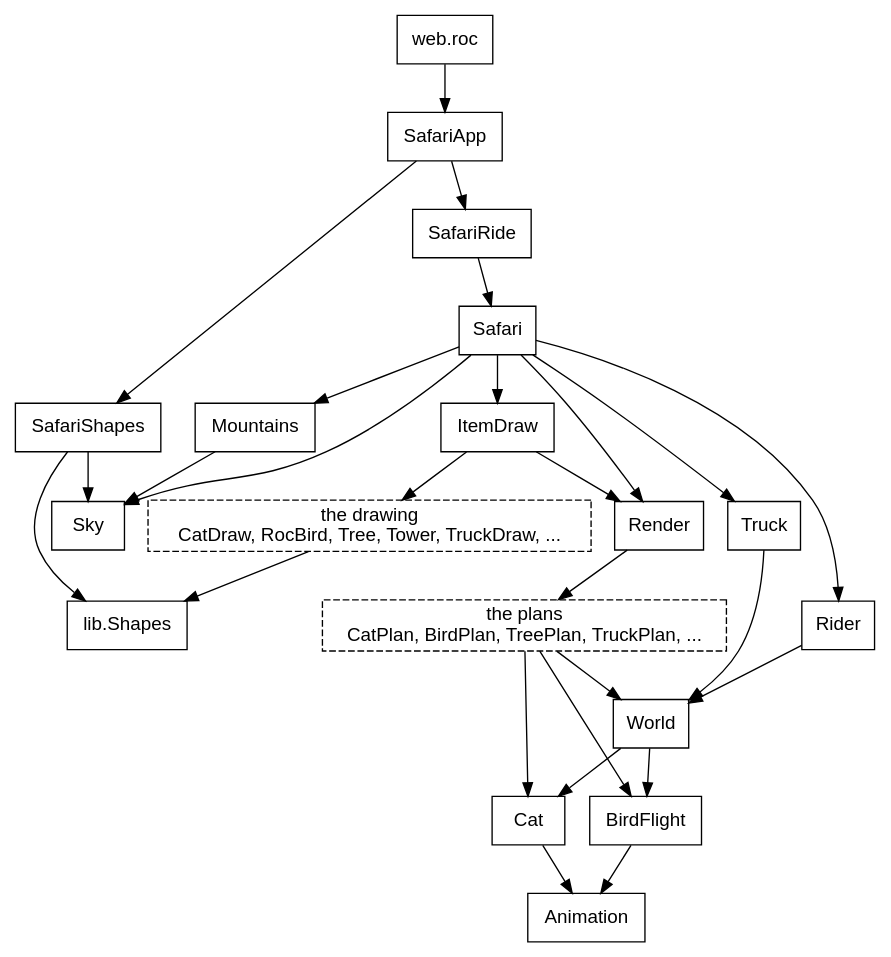
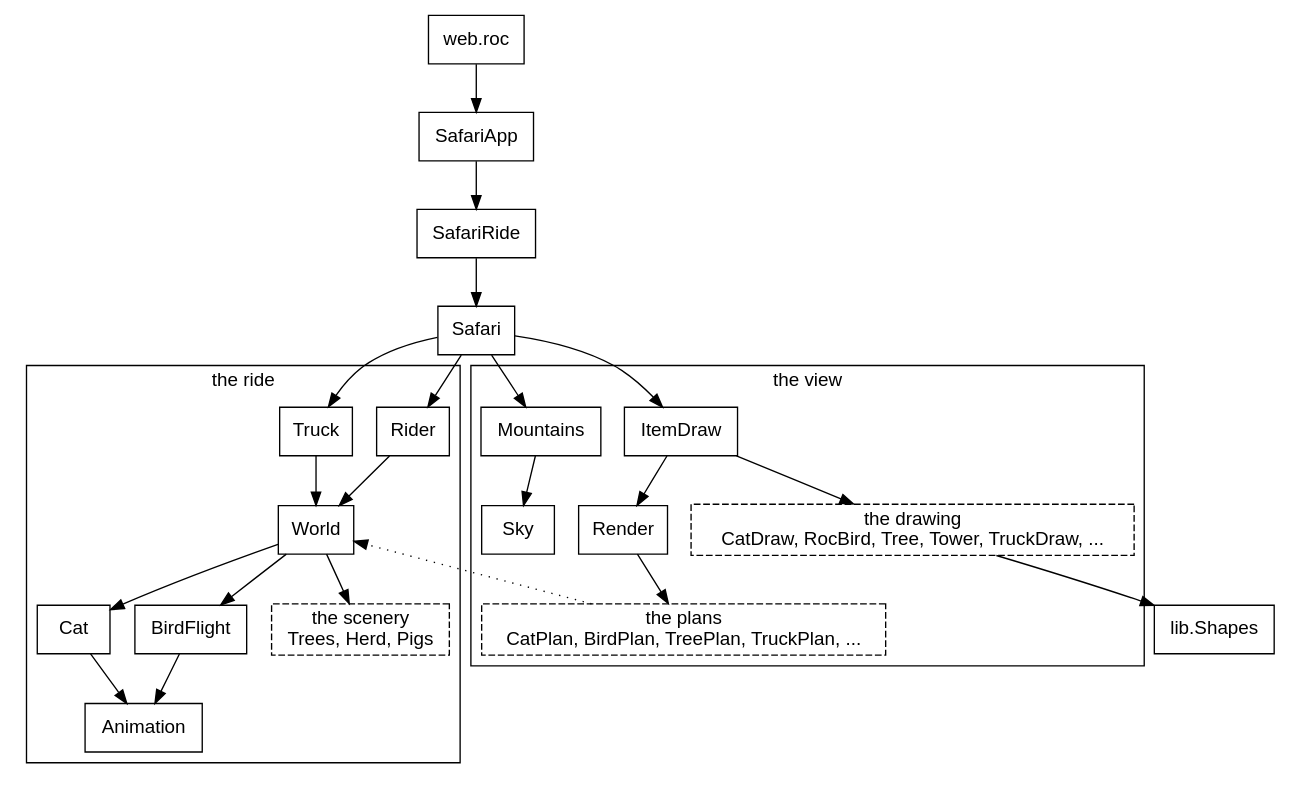
One commit to showell/roc-apps changed the first of 6 diagrams in canvas_apps/safari/tutorial/tutorial.md. Above: the diagram before and after it, drawn with Graphviz. The commit also changed other lines of this file and 2 other files, not shown here.

Commit message:
safari tutorial: the ride and the view; fails/ is a named exception

````diff
--- a/canvas_apps/safari/tutorial/tutorial.md
+++ b/canvas_apps/safari/tutorial/tutorial.md
@@ -13,35 +13,39 @@
 ```dot
 digraph system {
   node [shape=box, fontname="Helvetica"];
+  fontname="Helvetica";
   web [label="web.roc"];
-  plans [label="the plans\nCatPlan, BirdPlan, TreePlan, TruckPlan, ...", style=dashed];
-  drawing [label="the drawing\nCatDraw, RocBird, Tree, Tower, TruckDraw, ...", style=dashed];
-  shapes [label="lib.Shapes"];
   web -> SafariApp;
   SafariApp -> SafariRide;
-  SafariApp -> SafariShapes;
   SafariRide -> Safari;
+  subgraph cluster_ride {
+    label="the ride";
+    Rider; Truck; World; Cat; BirdFlight; Animation;
+    scenery [label="the scenery\nTrees, Herd, Pigs", style=dashed];
+  }
+  subgraph cluster_view {
+    label="the view";
+    Render; ItemDraw; Sky; Mountains;
+    plans [label="the plans\nCatPlan, BirdPlan, TreePlan, TruckPlan, ...", style=dashed];
+    drawing [label="the drawing\nCatDraw, RocBird, Tree, Tower, TruckDraw, ...", style=dashed];
+  }
+  shapes [label="lib.Shapes"];
   Safari -> Rider;
   Safari -> Truck;
-  Safari -> Sky;
-  Safari -> Mountains;
-  Safari -> Render;
-  Safari -> ItemDraw;
-  ItemDraw -> Render;
-  Render -> plans;
-  ItemDraw -> drawing;
-  SafariShapes -> Sky;
-  Mountains -> Sky;
   Rider -> World;
   Truck -> World;
-  plans -> World;
+  World -> scenery;
   World -> Cat;
   World -> BirdFlight;
-  plans -> Cat;
-  plans -> BirdFlight;
   Cat -> Animation;
   BirdFlight -> Animation;
+  Safari -> ItemDraw;
+  Safari -> Mountains;
+  ItemDraw -> Render;
+  ItemDraw -> drawing;
+  Render -> plans;
+  Mountains -> Sky;
   drawing -> shapes;
-  SafariShapes -> shapes;
+  plans -> World [style=dotted, constraint=false];
 }
 ```
````
